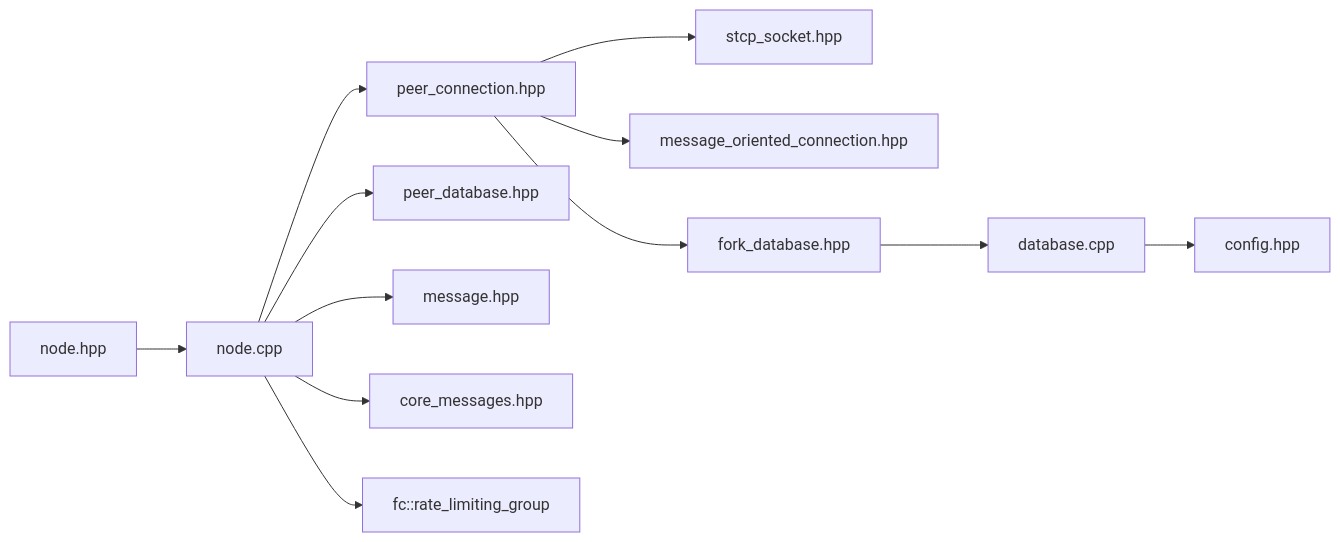
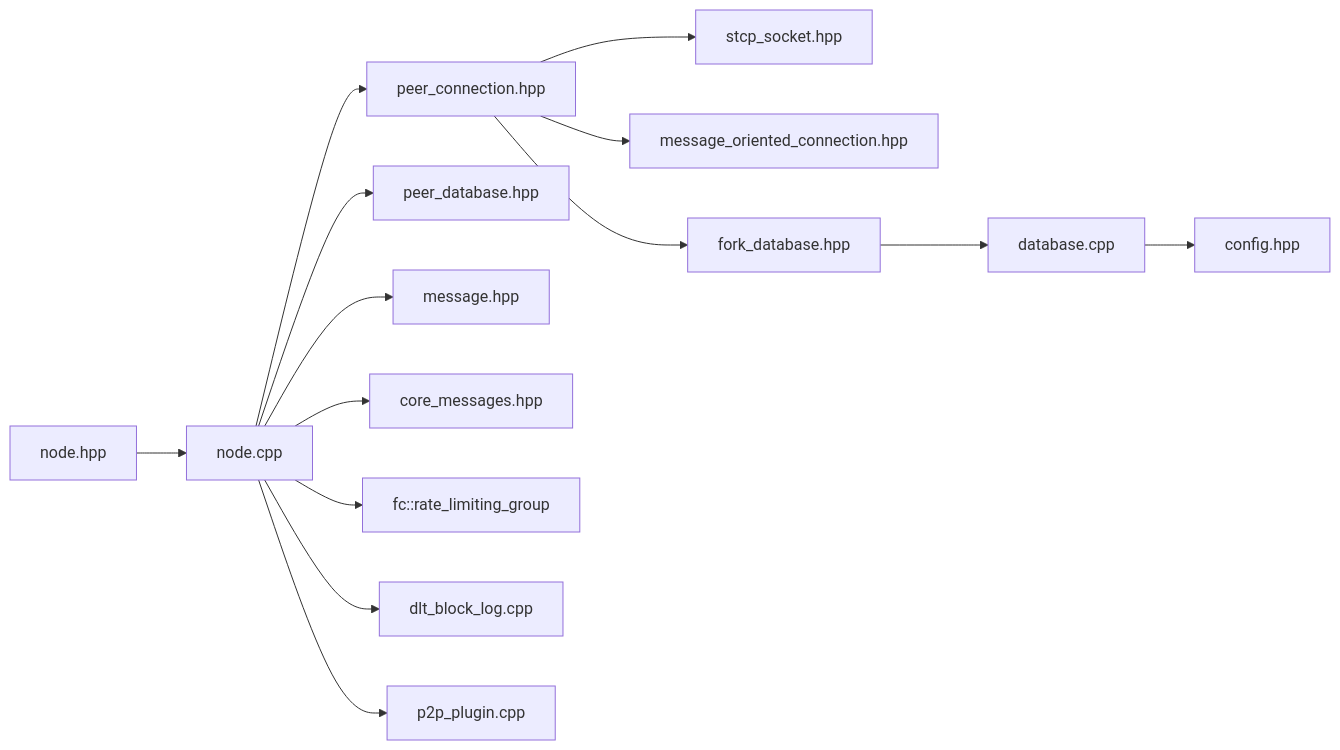
Diagram 14 of 14 in .qoder/repowiki/en/content/Architecture Overview/Core Libraries/Network Library/Node Management.md (VIZ-Blockchain/viz-cpp-node), drawn with Mermaid before and after one commit. The commit also changed other lines of this file and 4 other files, not shown here.

First line of the commit message:
feat(dlt_block_log): add comprehensive block range management and enhanced P2P sync

````diff
--- a/.qoder/repowiki/en/content/Architecture Overview/Core Libraries/Network Library/Node Management.md
+++ b/.qoder/repowiki/en/content/Architecture Overview/Core Libraries/Network Library/Node Management.md
@@ -637,14 +750,16 @@
 ```mermaid
 graph LR
 Node["node.hpp"] --> Impl["node.cpp"]
 Impl --> PeerConn["peer_connection.hpp"]
 Impl --> PeerDB["peer_database.hpp"]
 Impl --> Msg["message.hpp"]
 Impl --> CoreMsg["core_messages.hpp"]
 PeerConn --> STCP["stcp_socket.hpp"]
 PeerConn --> MOC["message_oriented_connection.hpp"]
 PeerConn --> ForkDB["fork_database.hpp"]
 Impl --> Rate["fc::rate_limiting_group"]
 ForkDB --> DBC["database.cpp"]
 DBC --> CFG["config.hpp"]
+Impl --> DLT["dlt_block_log.cpp"]
+Impl --> P2P["p2p_plugin.cpp"]
 ```
````
